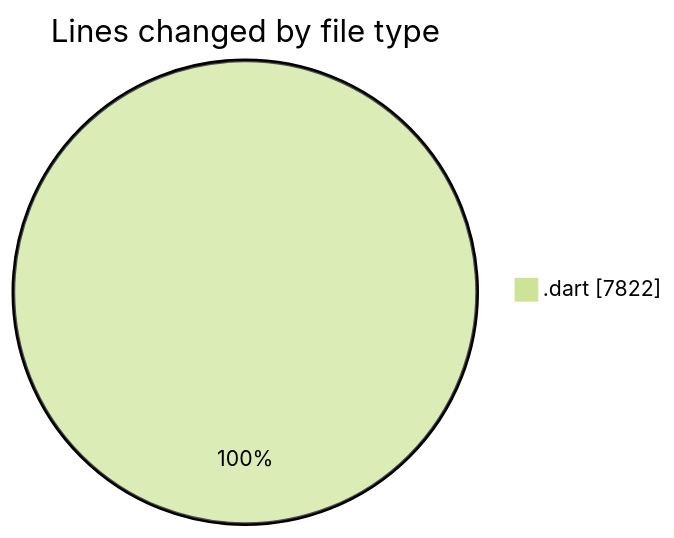
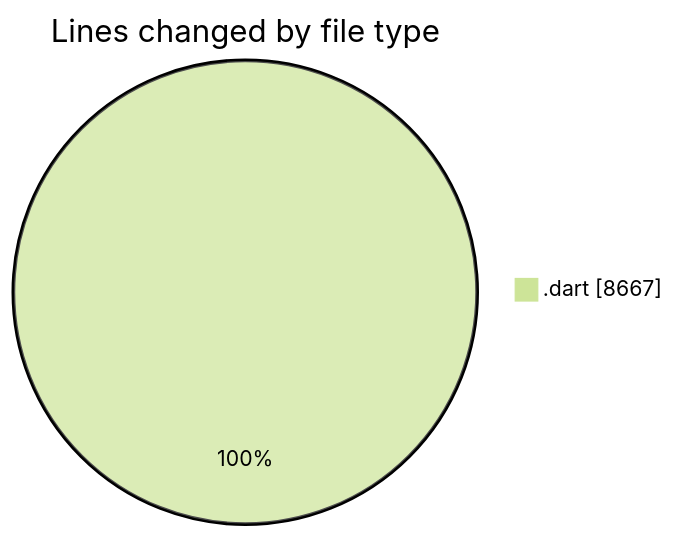
The first of 2 diagrams in 2025-08-25/studybuddy/README.md (lephambinh05/code-tracking), drawn with Mermaid (forest theme) before and after one commit. The commit also changed other lines of this file and 1 other file, not shown here.

````diff
--- a/2025-08-25/studybuddy/README.md
+++ b/2025-08-25/studybuddy/README.md
@@ -39,5 +42,5 @@
 ```mermaid
 pie showData
 title Lines changed by file type
-".dart" : 7822
+".dart" : 8667
 ```
````
